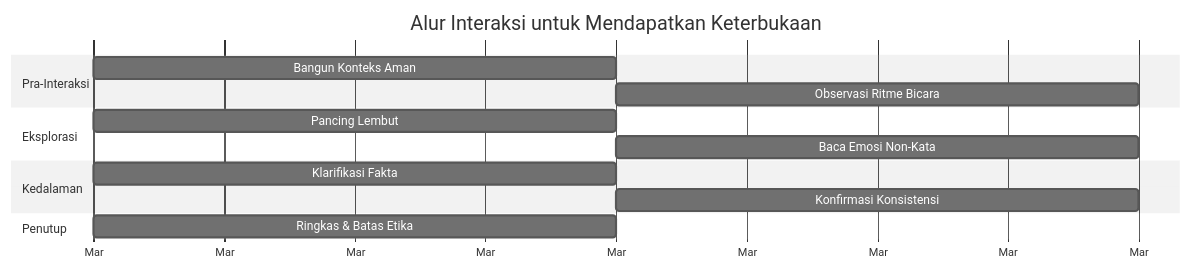
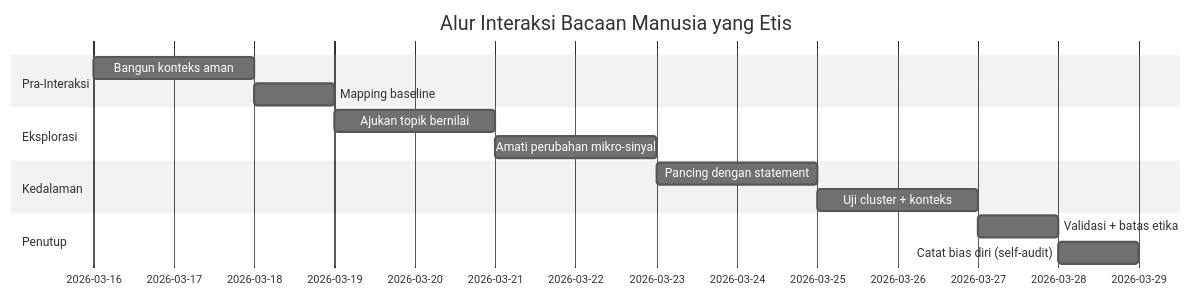
The second of 2 diagrams in src/content/articles/chase-hughes-master-baca-jiwa-menilai-kejujuran-dan-pengaruh-dalam-komunikasi.mdx (dwirx/BangunAI-Blog), drawn with Mermaid (neutral theme) before and after one commit. The commit also changed other lines of this file, not shown here.

````diff
--- a/src/content/articles/chase-hughes-master-baca-jiwa-menilai-kejujuran-dan-pengaruh-dalam-komunikasi.mdx
+++ b/src/content/articles/chase-hughes-master-baca-jiwa-menilai-kejujuran-dan-pengaruh-dalam-komunikasi.mdx
@@ -339,17 +342,22 @@
 ```mermaid
 gantt
-    title Alur Interaksi untuk Mendapatkan Keterbukaan
-    dateFormat  YYYY-MM-DD
-    axisFormat %b
-    section Pra-Interaksi
-    Bangun Konteks Aman :a1, 2026-03-16, 1d
-    Observasi Ritme Bicara   :a2, after a1, 1d
-    section Eksplorasi
-    Pancing Lembut           :a3, 2026-03-16, 1d
-    Baca Emosi Non-Kata       :after a3, 1d
-    section Kedalaman
-    Klarifikasi Fakta         :a4, 2026-03-16, 1d
-    Konfirmasi Konsistensi    :after a4, 1d
-    section Penutup
-    Ringkas & Batas Etika     :a5, 2026-03-16, 1d
+title Alur Interaksi Bacaan Manusia yang Etis
+
+dateFormat  YYYY-MM-DD
+
+section Pra-Interaksi
+  Bangun konteks aman :a1, 2026-03-16, 2d
+  Mapping baseline :a2, after a1, 1d
+
+section Eksplorasi
+  Ajukan topik bernilai :a3, after a2, 2d
+  Amati perubahan mikro-sinyal :a4, after a3, 2d
+
+section Kedalaman
+  Pancing dengan statement :a5, after a4, 2d
+  Uji cluster + konteks :a6, after a5, 2d
+
+section Penutup
+  Validasi + batas etika :a7, after a6, 1d
+  Catat bias diri (self-audit) :a8, after a7, 1d
 ```
````
